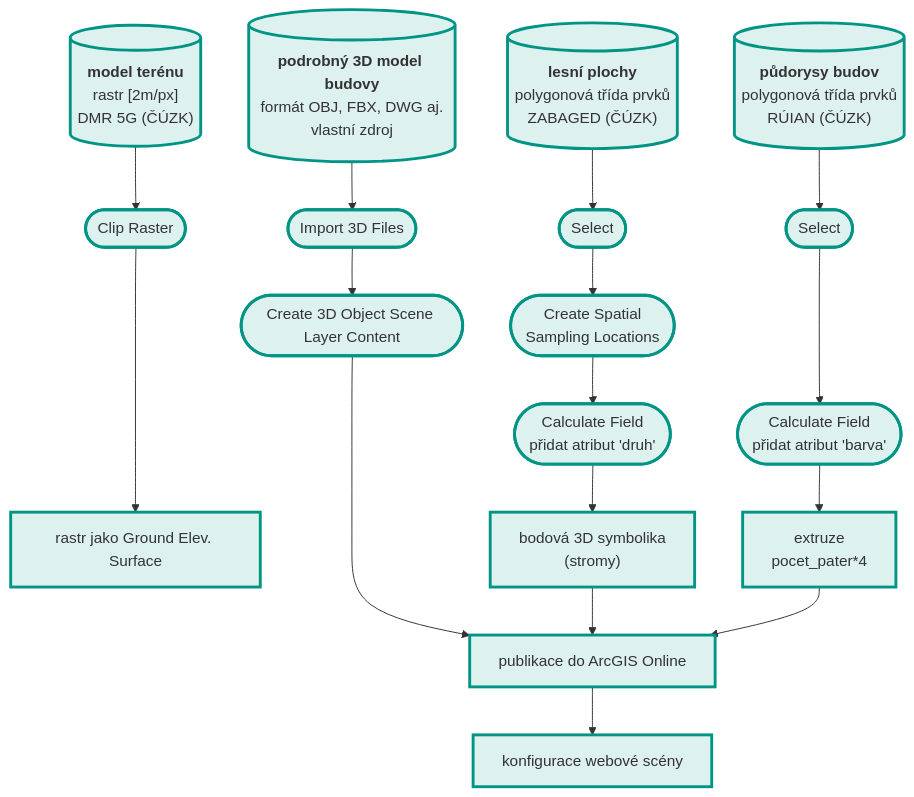
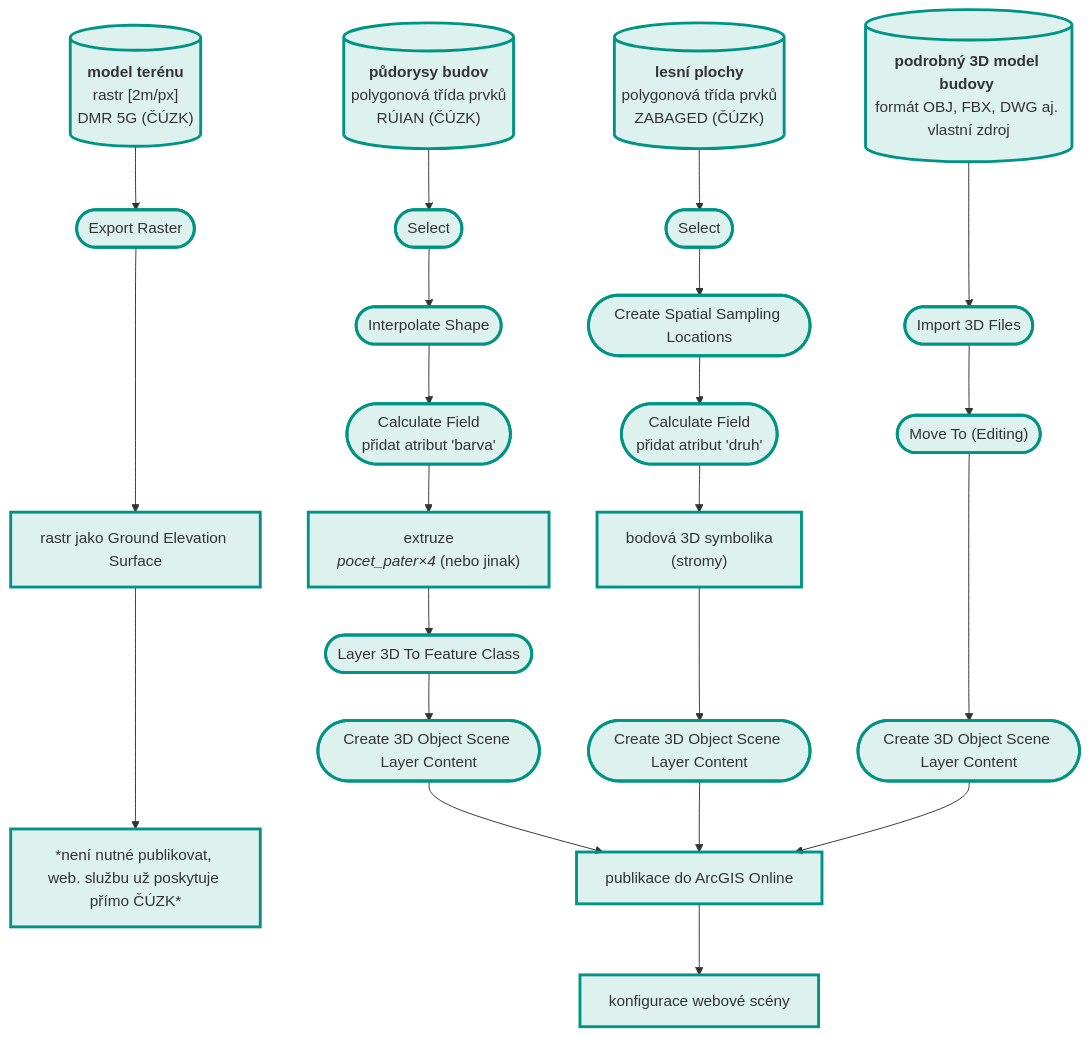
The diagram in docs/cviceni/cviceni8.md (k155cvut/ygis), drawn with Mermaid before and after one commit. The commit also changed other lines of this file and 4 other files, not shown here.

````diff
--- a/docs/cviceni/cviceni8.md
+++ b/docs/cviceni/cviceni8.md
@@ -153,62 +188,87 @@
 ``` mermaid
 graph TD
-  A[("`**model terénu**
-  rastr [2m/px]
+  A[("`**model terénu** 
+  rastr [2m/px] 
   DMR 5G (ČÚZK)`")]
-  B[("`**půdorysy budov**
-  polygonová třída prvků
+  B[("`**půdorysy budov** 
+  polygonová třída prvků 
   RÚIAN (ČÚZK)`")]
-  C[("`**lesní plochy**
-  polygonová třída prvků
+  C[("`**lesní plochy** 
+  polygonová třída prvků 
   ZABAGED (ČÚZK)`")]
-  D[("`**podrobný 3D model budovy**
-  formát OBJ, FBX, DWG aj.
+  D[("`**podrobný 3D model budovy** 
+  formát OBJ, FBX, DWG aj. 
   vlastní zdroj`")]
 
-  E([Clip Raster])
+  E([Export Raster])
   F([Select])
   G([Select])
   H([Import 3D Files])
 
-  I(["`Create Spatial
-  Sampling Locations`"])
-  J([Create 3D Object Scene Layer Content])
+  I([Interpolate Shape])
+  J(["`Create Spatial Sampling Locations`"])
+  K(["Move To (Editing)"])
 
-  L[rastr jako Ground Elev. Surface]
-  M["`extruze<br>pocet_pater*4`"]
-  N["`bodová 3D symbolika<br>(stromy)`"]
-  O(["`Calculate Field<br>přidat atribut 'druh'`"])
-  P(["`Calculate Field<br>přidat atribut 'barva'`"])
+  L(["`Calculate Field<br>přidat atribut 'barva'`"])
+  M(["`Calculate Field<br>přidat atribut 'druh'`"])
 
-  Q[publikace do ArcGIS Online]
-  R[konfigurace webové scény]
+  N[rastr jako Ground Elevation Surface]
+  O["`extruze<br>*pocet_pater×4* (nebo jinak)`"]
+  P["`bodová 3D symbolika<br>(stromy)`"]
+
+  Q([Layer 3D To Feature Class])
+
+  R([Create 3D Object Scene Layer Content])
+  S([Create 3D Object Scene Layer Content])
+  T([Create 3D Object Scene Layer Content])
+
+  U["*není nutné publikovat, web. službu už poskytuje přímo ČÚZK*"]
+  V[publikace do ArcGIS Online]
+
+  W[konfigurace webové scény]
 
   A-->E
   B-->F
   C-->G
-  D-->H
+  D--->H
 
-  G-->I
-  H-->J
+  E---->N
+  F-->I
+  G-->J
+  H-->K
 
-  E---->L
-  F--->P
-  I-->O
-  O-->N
-  P-->M
+  I-->L
+  J-->M
+  K---->T
+  
+  L-->O
+  M-->P
 
-  J---->Q
-  N-->Q
-  M-->Q
+  N---->U
+  O-->Q
+  P--->S
 
   Q-->R
 
-  click I "https://pro.arcgis.com/en/pro-app/latest/tool-reference/data-management/create-spatial-sampling-locations.htm"
-  click J "https://pro.arcgis.com/en/pro-app/latest/tool-reference/data-management/create-3d-object-scene-layer-package.htm"
-  click E "https://pro.arcgis.com/en/pro-app/latest/tool-reference/data-management/clip.htm"
-  click F "https://pro.arcgis.com/en/pro-app/latest/tool-reference/analysis/select.htm"
-  click G "https://pro.arcgis.com/en/pro-app/latest/tool-reference/analysis/select.htm"
-  click H "https://pro.arcgis.com/en/pro-app/latest/tool-reference/3d-analyst/import-3d-files.htm"
+  R-->V
+  S-->V
+  T-->V
+
+  V-->W
+
+  click E "https://pro.arcgis.com/en/pro-app/latest/help/data/imagery/export-or-convert-raster-datasets.htm" _blank
+  click F "https://pro.arcgis.com/en/pro-app/latest/tool-reference/analysis/select.htm" _blank
+  click G "https://pro.arcgis.com/en/pro-app/latest/tool-reference/analysis/select.htm" _blank
+  click H "https://pro.arcgis.com/en/pro-app/latest/tool-reference/3d-analyst/import-3d-files.htm" _blank
+  click I "https://pro.arcgis.com/en/pro-app/latest/tool-reference/3d-analyst/interpolate-shape.htm" _blank
+  click J "https://pro.arcgis.com/en/pro-app/latest/tool-reference/data-management/create-spatial-sampling-locations.htm" _blank
+  click K "https://pro.arcgis.com/en/pro-app/latest/help/editing/move-a-feature-to-specified-location.htm" _blank
+  click L "https://pro.arcgis.com/en/pro-app/latest/tool-reference/data-management/calculate-field.htm" _blank
+  click M "https://pro.arcgis.com/en/pro-app/latest/tool-reference/data-management/calculate-field.htm" _blank
+  click Q "https://pro.arcgis.com/en/pro-app/latest/tool-reference/3d-analyst/layer-3d-to-feature-class.htm" _blank
+  click R "https://pro.arcgis.com/en/pro-app/latest/tool-reference/data-management/create-3d-object-scene-layer-package.htm" _blank
+  click S "https://pro.arcgis.com/en/pro-app/latest/tool-reference/data-management/create-3d-object-scene-layer-package.htm" _blank
+  click T "https://pro.arcgis.com/en/pro-app/latest/tool-reference/data-management/create-3d-object-scene-layer-package.htm" _blank
 
   classDef default fill:#00948522,stroke:#009485,stroke-width:3px;
 
````
